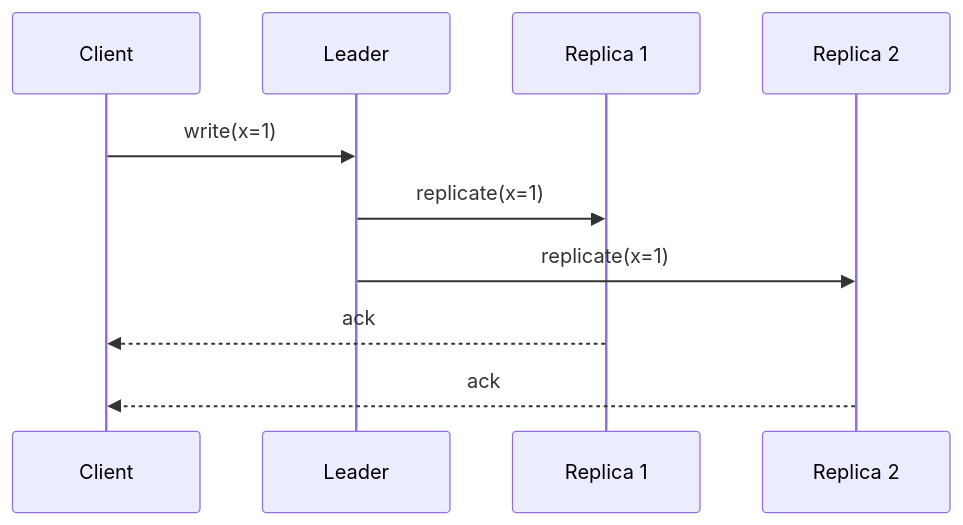
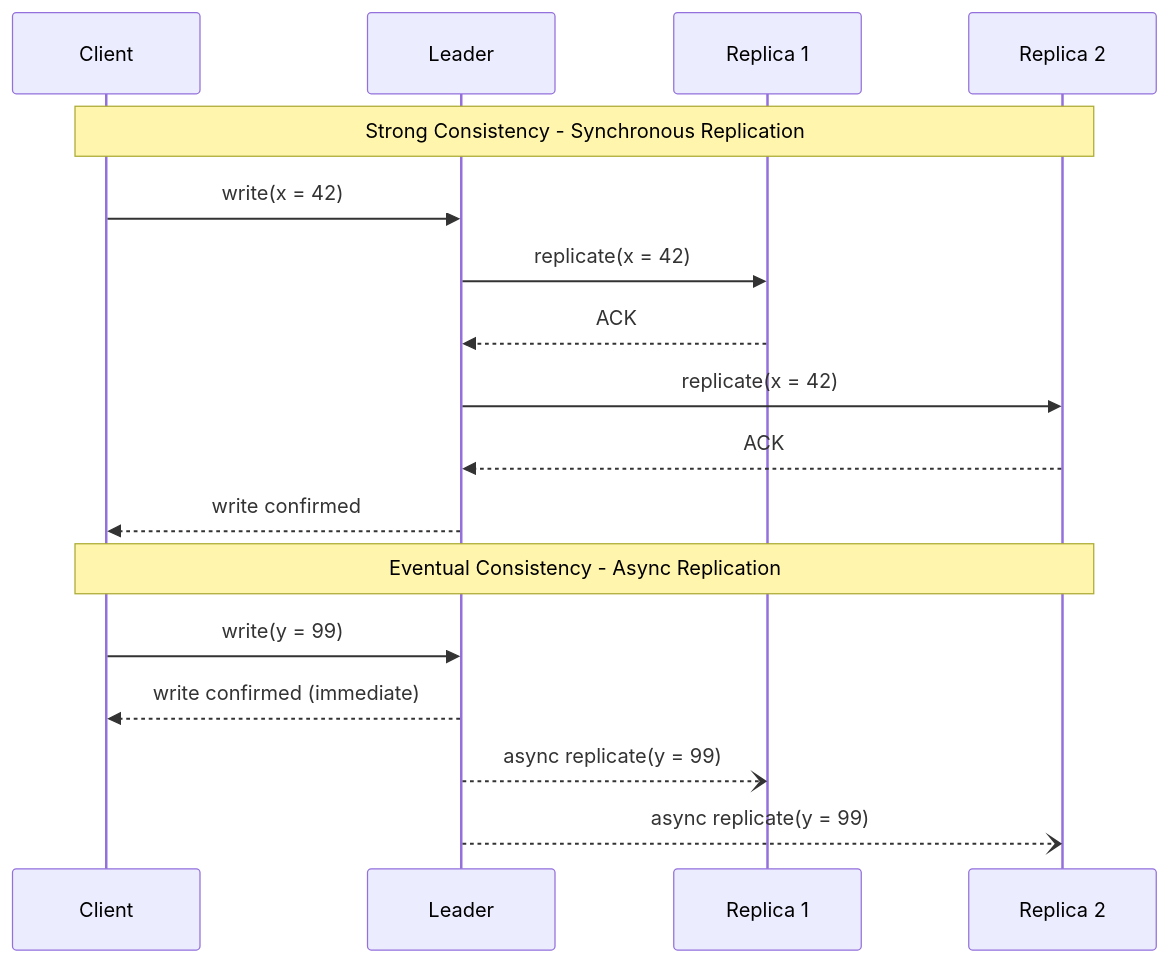
One commit to akshay-k-r/Interview-Prep-Resource changed the first of 2 diagrams in src/pages/02-hld/fundamentals/consistency-models/index.mdx. Above: the diagram before and after it, drawn with Mermaid. The commit also changed other lines of this file and 179 other files, not shown here.

````diff
--- a/src/pages/02-hld/fundamentals/consistency-models/index.mdx
+++ b/src/pages/02-hld/fundamentals/consistency-models/index.mdx
@@ -28,13 +45,21 @@
 ```mermaid
 sequenceDiagram
-  participant C as Client
-  participant L as Leader
-  participant R1 as Replica 1
-  participant R2 as Replica 2
+    participant C as Client
+    participant L as Leader
+    participant R1 as Replica 1
+    participant R2 as Replica 2
 
-  C->>L: write(x=1)
-  L->>R1: replicate(x=1)
-  L->>R2: replicate(x=1)
-  R1-->>C: ack
-  R2-->>C: ack
+    Note over C, R2: Strong Consistency - Synchronous Replication
+    C->>L: write(x = 42)
+    L->>R1: replicate(x = 42)
+    R1-->>L: ACK
+    L->>R2: replicate(x = 42)
+    R2-->>L: ACK
+    L-->>C: write confirmed
+
+    Note over C, R2: Eventual Consistency - Async Replication
+    C->>L: write(y = 99)
+    L-->>C: write confirmed (immediate)
+    L--)R1: async replicate(y = 99)
+    L--)R2: async replicate(y = 99)
 ```
````
